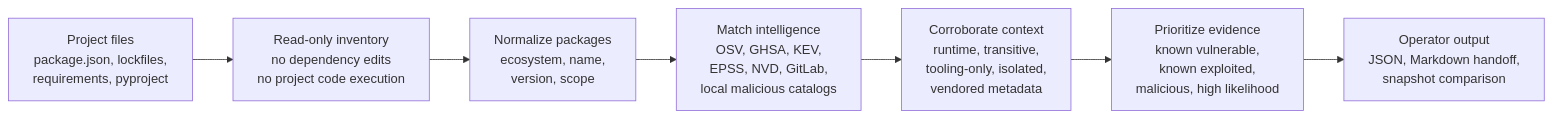
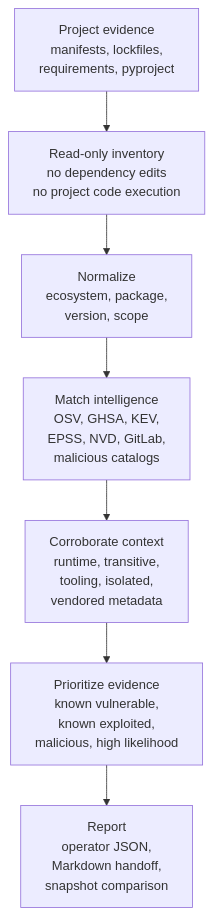
Before and after one commit to gateway/guardian: the diagram in README.md, drawn with Mermaid. The commit also changed other lines of this file and 89 other files, not shown here.

````diff
--- a/README.md
+++ b/README.md
@@ -13,9 +13,9 @@
 ```mermaid
-flowchart LR
-    A["Project files<br/>package.json, lockfiles,<br/>requirements, pyproject"] --> B["Read-only inventory<br/>no dependency edits<br/>no project code execution"]
-    B --> C["Normalize packages<br/>ecosystem, name,<br/>version, scope"]
-    C --> D["Match intelligence<br/>OSV, GHSA, KEV,<br/>EPSS, NVD, GitLab,<br/>local malicious catalogs"]
-    D --> E["Corroborate context<br/>runtime, transitive,<br/>tooling-only, isolated,<br/>vendored metadata"]
+flowchart TD
+    A["Project evidence<br/>manifests, lockfiles,<br/>requirements, pyproject"] --> B["Read-only inventory<br/>no dependency edits<br/>no project code execution"]
+    B --> C["Normalize<br/>ecosystem, package,<br/>version, scope"]
+    C --> D["Match intelligence<br/>OSV, GHSA, KEV,<br/>EPSS, NVD, GitLab,<br/>malicious catalogs"]
+    D --> E["Corroborate context<br/>runtime, transitive,<br/>tooling, isolated,<br/>vendored metadata"]
     E --> F["Prioritize evidence<br/>known vulnerable,<br/>known exploited,<br/>malicious, high likelihood"]
-    F --> G["Operator output<br/>JSON, Markdown handoff,<br/>snapshot comparison"]
+    F --> G["Report<br/>operator JSON,<br/>Markdown handoff,<br/>snapshot comparison"]
 ```
````
